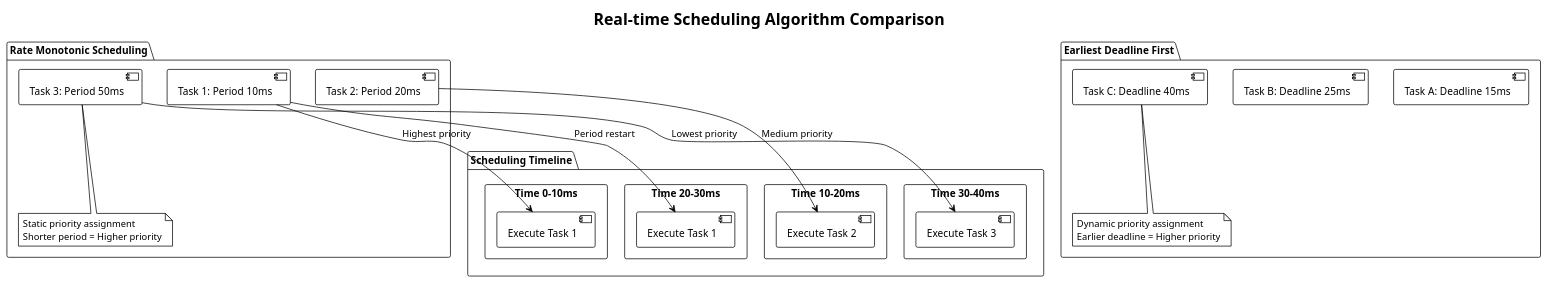
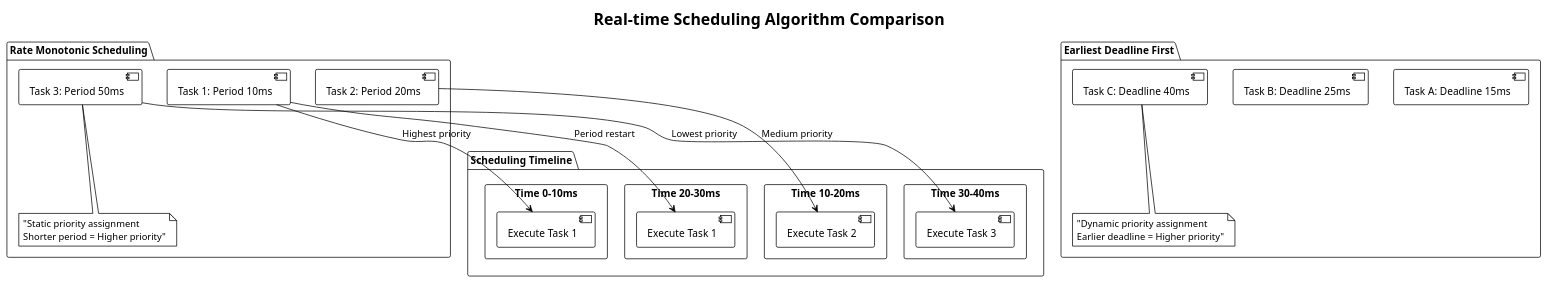
One commit to mohitmishra786/myJourneyOfBuildingOS changed the fifth of 8 diagrams in Ch-5-Thread-Management/Thread-Scheduling.md. Above: the diagram before and after it, drawn with PlantUML. The commit also changed other lines of this file and 3 other files, not shown here.

````diff
--- a/Ch-5-Thread-Management/Thread-Scheduling.md
+++ b/Ch-5-Thread-Management/Thread-Scheduling.md
@@ -254,45 +254,45 @@
 ```plantuml
 @startuml
 !theme plain
-title Real-time Scheduling Algorithm Comparison
+title "Real-time Scheduling Algorithm Comparison"
 
 package "Rate Monotonic Scheduling" {
-  [Task 1: Period 10ms] as t1
-  [Task 2: Period 20ms] as t2
-  [Task 3: Period 50ms] as t3
+  component [Task 1: Period 10ms] as t1
+  component [Task 2: Period 20ms] as t2
+  component [Task 3: Period 50ms] as t3
   
-  note bottom : Static priority assignment\nShorter period = Higher priority
+  note bottom : "Static priority assignment\nShorter period = Higher priority"
 }
 
 package "Earliest Deadline First" {
-  [Task A: Deadline 15ms] as ta
-  [Task B: Deadline 25ms] as tb
-  [Task C: Deadline 40ms] as tc
+  component [Task A: Deadline 15ms] as ta
+  component [Task B: Deadline 25ms] as tb
+  component [Task C: Deadline 40ms] as tc
   
-  note bottom : Dynamic priority assignment\nEarlier deadline = Higher priority
+  note bottom : "Dynamic priority assignment\nEarlier deadline = Higher priority"
 }
 
 package "Scheduling Timeline" {
   rectangle "Time 0-10ms" {
-    [Execute Task 1] as e1
+    component [Execute Task 1] as e1
   }
   
   rectangle "Time 10-20ms" {
-    [Execute Task 2] as e2
+    component [Execute Task 2] as e2
   }
   
   rectangle "Time 20-30ms" {
-    [Execute Task 1] as e3
+    component [Execute Task 1] as e3
   }
   
   rectangle "Time 30-40ms" {
-    [Execute Task 3] as e4
+    component [Execute Task 3] as e4
   }
 }
 
-t1 --> e1 : Highest priority
-t2 --> e2 : Medium priority
-t1 --> e3 : Period restart
-t3 --> e4 : Lowest priority
+t1 --> e1 : "Highest priority"
+t2 --> e2 : "Medium priority"
+t1 --> e3 : "Period restart"
+t3 --> e4 : "Lowest priority"
 @enduml
 ```
````
